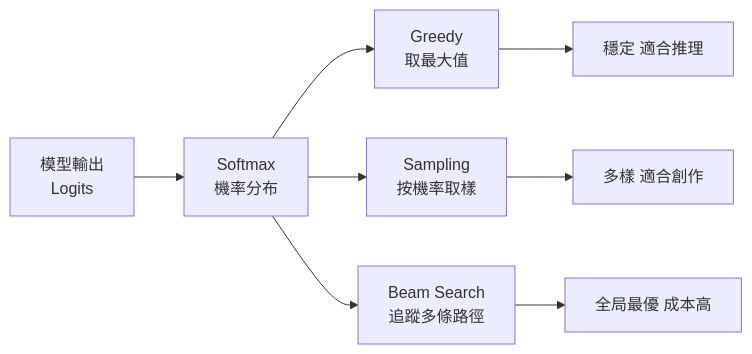
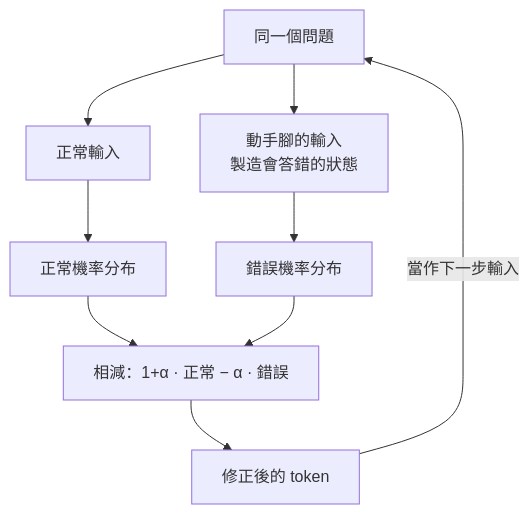
Before and after one commit to a920604a/engineernews: the diagram in src/content/posts/tech/2026-05-03-ai-decodingworkflow-reasoning-.md, drawn with Mermaid. The commit also changed other lines of this file and 468 other files, not shown here.

````diff
--- a/src/content/posts/tech/2026-05-03-ai-decodingworkflow-reasoning-.md
+++ b/src/content/posts/tech/2026-05-03-ai-decodingworkflow-reasoning-.md
@@ -40,10 +62,11 @@
 ```mermaid
-graph LR
-    A[模型輸出<br>Logits] --> B[Softmax<br>機率分布]
-    B --> C1[Greedy<br>取最大值]
-    B --> C2[Sampling<br>按機率取樣]
-    B --> C3[Beam Search<br>追蹤多條路徑]
-    C1 --> D[穩定 適合推理]
-    C2 --> E[多樣 適合創作]
-    C3 --> F[全局最優 成本高]
+graph TD
+    A[同一個問題] --> B[正常輸入]
+    A --> C[動手腳的輸入<br/>製造會答錯的狀態]
+    B --> D[正常機率分布]
+    C --> E[錯誤機率分布]
+    D --> F[相減：1+α · 正常 − α · 錯誤]
+    E --> F
+    F --> G[修正後的 token]
+    G -->|當作下一步輸入| A
 ```
````
